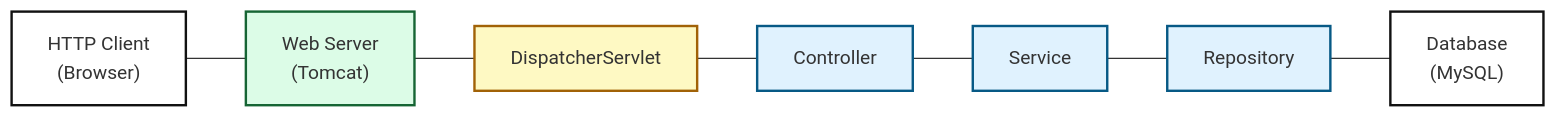
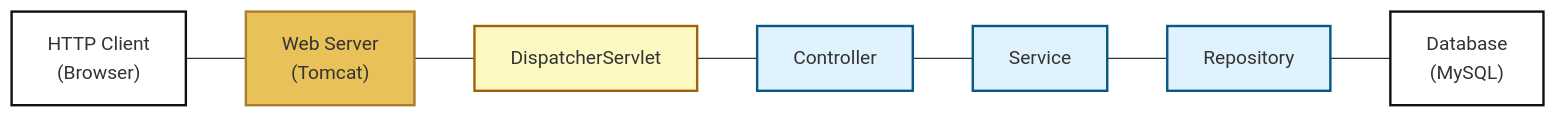
One commit to kea-dev/DATA-GBG-F25A-B changed the first of 2 diagrams in Uge 36/4.gang/readme.md. Above: the diagram before and after it, drawn with Mermaid.

Commit message:
Update readme.md
 changed server colour

````diff
--- a/Uge 36/4.gang/readme.md
+++ b/Uge 36/4.gang/readme.md
@@ -31,23 +31,23 @@
 ```mermaid
 flowchart LR
     %% ==== Styles ====
     classDef client fill:#ffffff,stroke:#111111,stroke-width:2px
-    classDef server fill:#dcfce7,stroke:#166534,stroke-width:2px
+    classDef server fill:#e8c159,stroke:#a97f2f,stroke-width:2px
     classDef infra fill:#fef9c3,stroke:#a16207,stroke-width:2px
     classDef app fill:#e0f2fe,stroke:#075985,stroke-width:2px
     classDef db fill:#ffffff,stroke:#111111,stroke-width:2px
 
     %% ==== Nodes ====
     HTTPCLIENT["HTTP Client<br/>(Browser)"]:::client
     WEBSERVER["Web Server<br/>(Tomcat)"]:::server
     DISPATCHERSERVLET["DispatcherServlet"]:::infra
     CONTROLLER["Controller"]:::app
     SERVICE["Service"]:::app
     REPOSITORY["Repository"]:::app
     DB["Database<br/>(MySQL)"]:::db
 
     %% ==== Connections ====
     HTTPCLIENT --- WEBSERVER
     WEBSERVER --- DISPATCHERSERVLET
     DISPATCHERSERVLET --- CONTROLLER --- SERVICE --- REPOSITORY --- DB
 ```
````
